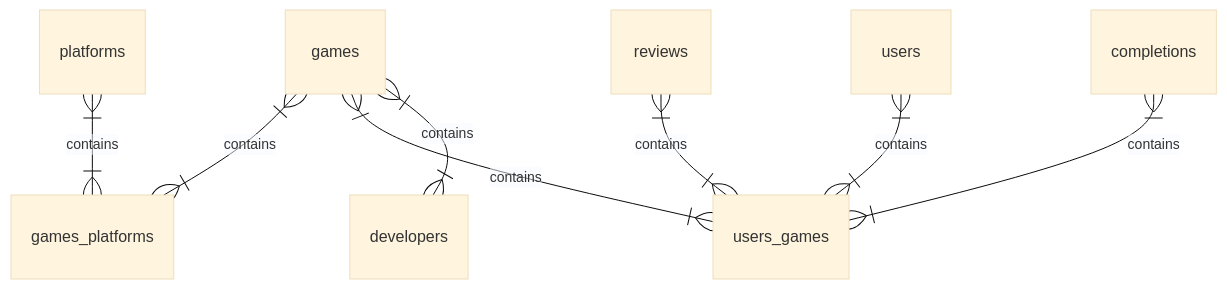
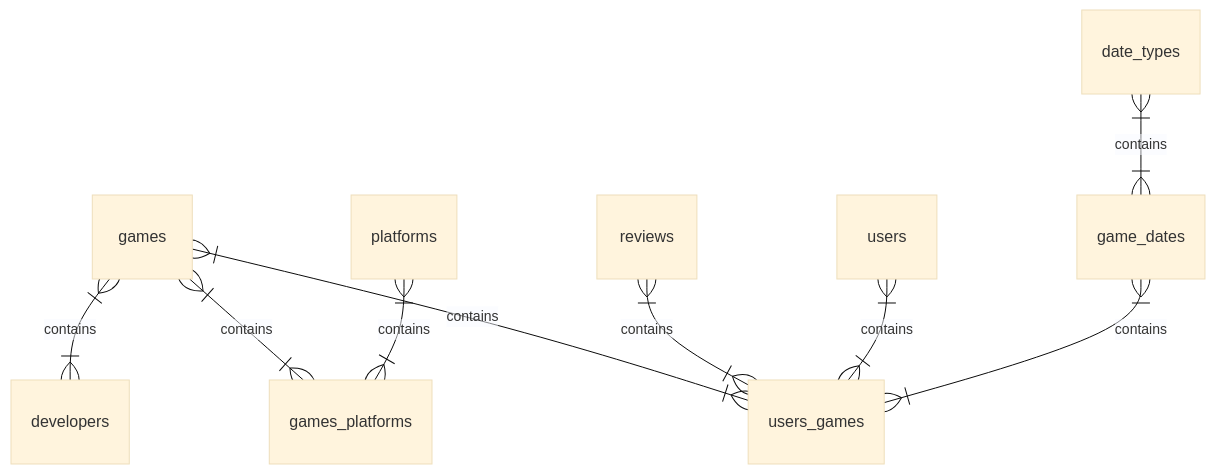
One commit to Haikira/VGLogger changed the first of 2 diagrams in README.md. Above: the diagram before and after it, drawn with Mermaid (base theme).

````diff
--- a/README.md
+++ b/README.md
@@ -29,12 +29,13 @@
 ``` mermaid
 erDiagram
 
         games }|--|{ games_platforms : "contains"
         games }|--|{ users_games : "contains"
         platforms }|--|{ games_platforms : "contains" 
         reviews }|--|{ users_games : "contains"
         users}|--|{ users_games : "contains"
-        completions }|--|{ users_games : "contains"
+        game_dates }|--|{ users_games : "contains"
+        date_types }|--|{ game_dates : "contains"
         games }|--|{ developers : "contains"
         
 ```
````
